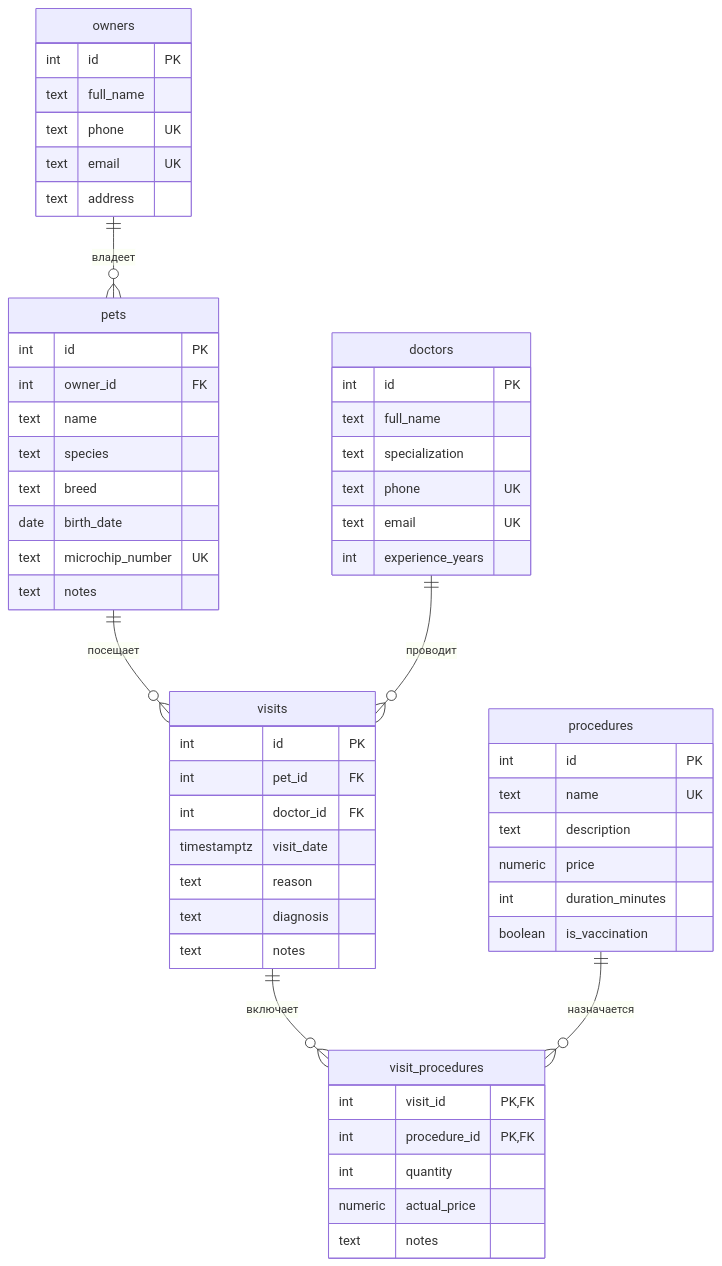
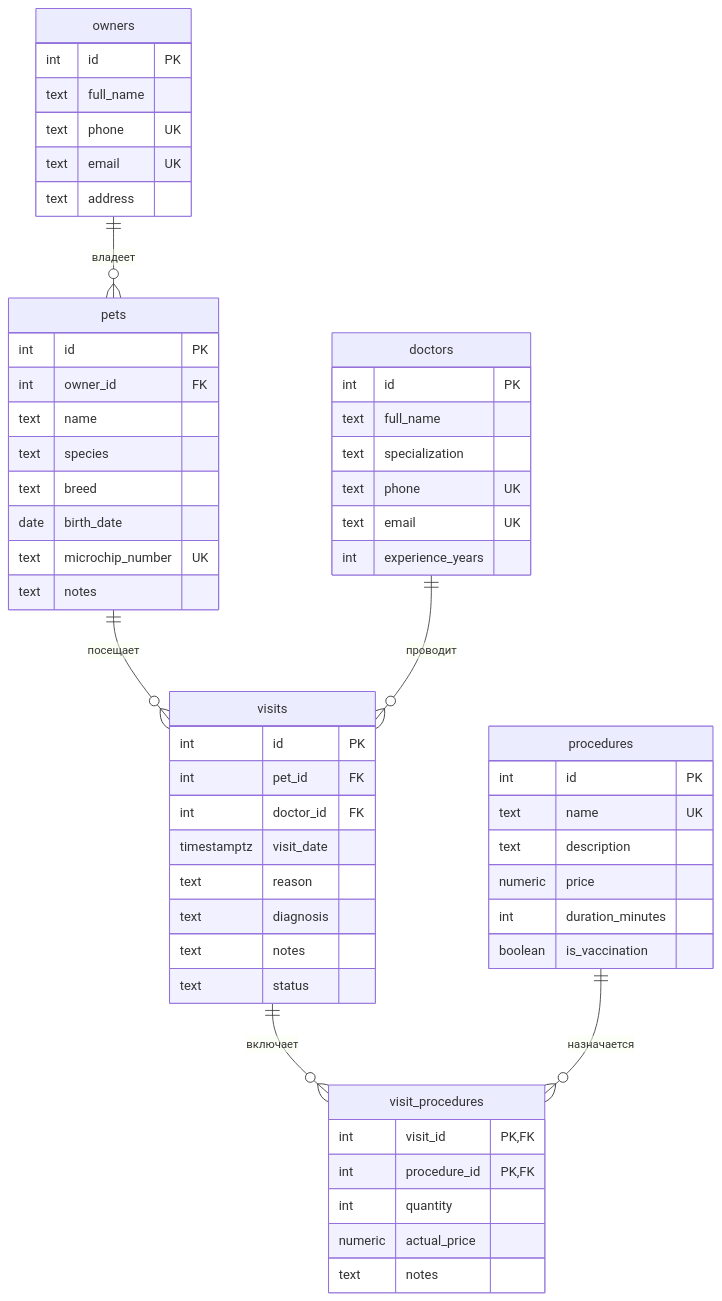
The diagram in README.md (bgangval/db-Chimitov-vetklinika), drawn with Mermaid before and after one commit. The commit also changed other lines of this file and 3 other files, not shown here.

````diff
--- a/README.md
+++ b/README.md
@@ -40,63 +40,64 @@
 ```mermaid
 erDiagram
     owners ||--o{ pets : "владеет"
     pets ||--o{ visits : "посещает"
     doctors ||--o{ visits : "проводит"
     visits ||--o{ visit_procedures : "включает"
     procedures ||--o{ visit_procedures : "назначается"
 
     owners {
         int id PK
         text full_name
         text phone UK
         text email UK
         text address
     }
 
     pets {
         int id PK
         int owner_id FK
         text name
         text species
         text breed
         date birth_date
         text microchip_number UK
         text notes
     }
 
     doctors {
         int id PK
         text full_name
         text specialization
         text phone UK
         text email UK
         int experience_years
     }
 
     visits {
         int id PK
         int pet_id FK
         int doctor_id FK
         timestamptz visit_date
         text reason
         text diagnosis
         text notes
+        text status
     }
 
     procedures {
         int id PK
         text name UK
         text description
         numeric price
         int duration_minutes
         boolean is_vaccination
     }
 
     visit_procedures {
         int visit_id PK, FK
         int procedure_id PK, FK
         int quantity
         numeric actual_price
         text notes
     }
 ```
````
